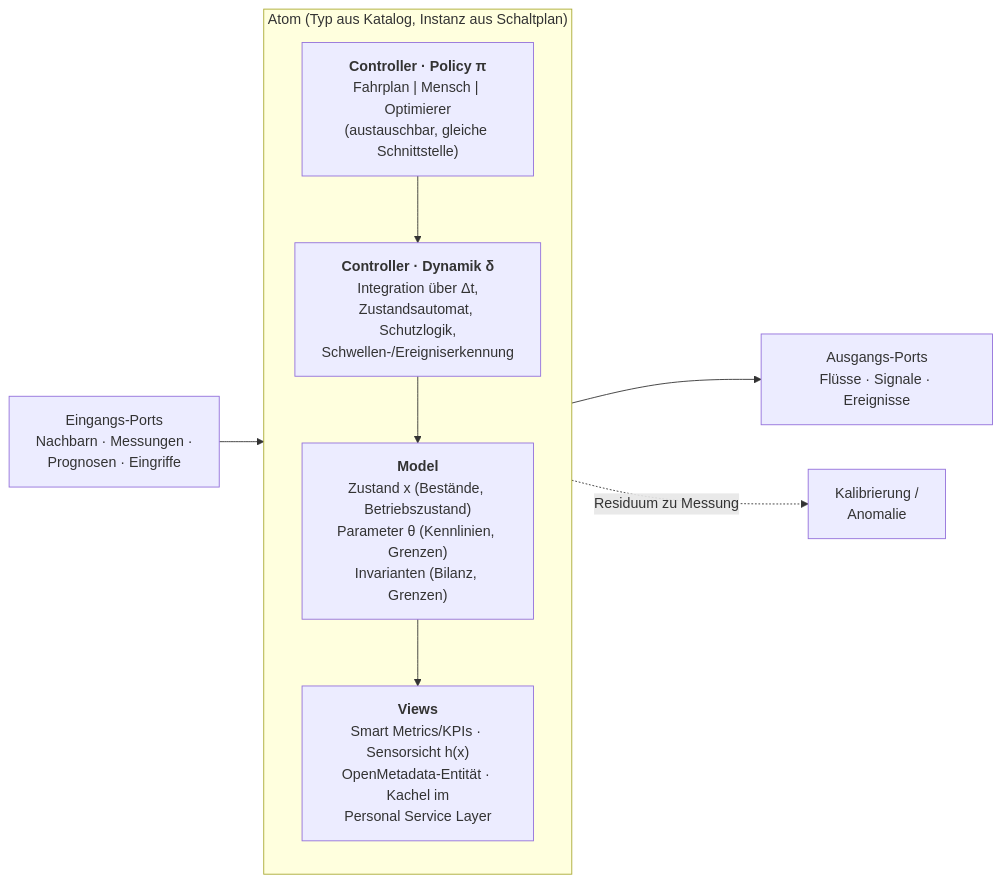
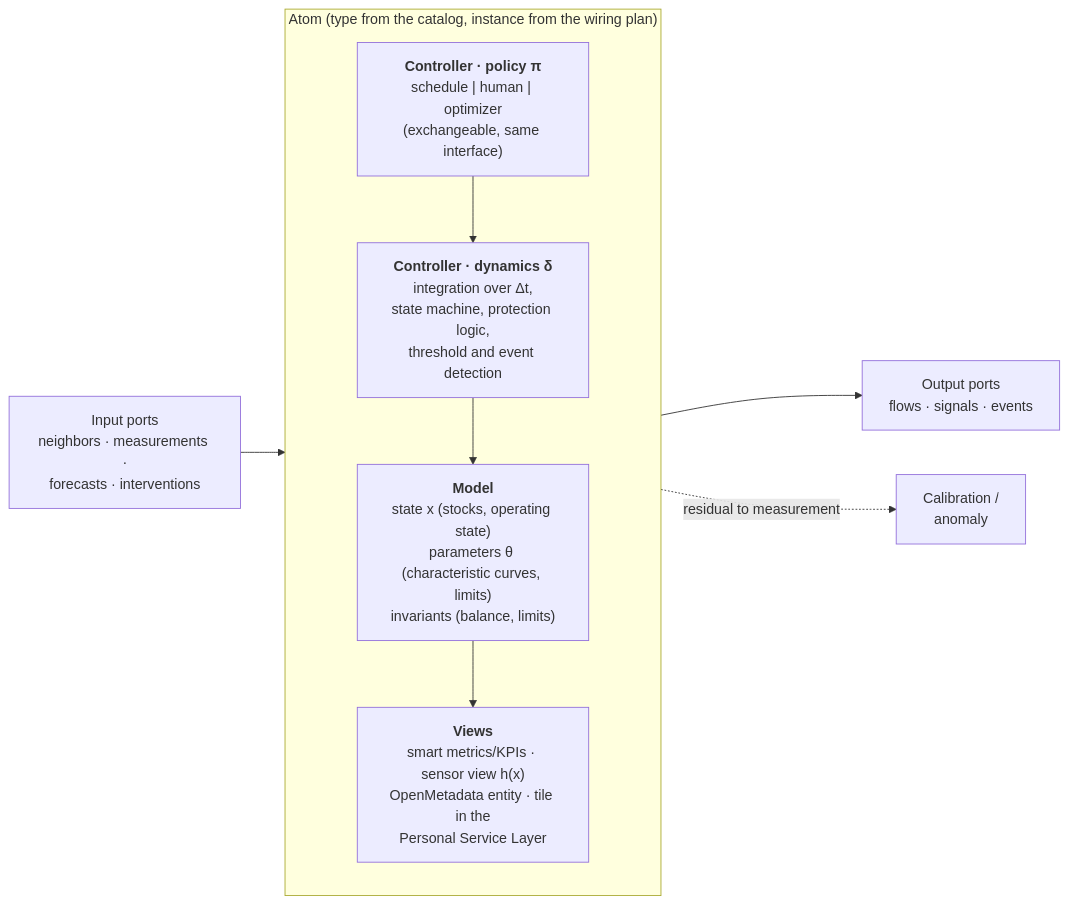
The first of 3 diagrams in docs/datamodel-2026/07-DIGITAL-TWIN-BSP.md (kamir/OpenTSx), drawn with Mermaid before and after one commit. The commit also changed other lines of this file and 19 other files, not shown here.

````diff
--- a/docs/datamodel-2026/07-DIGITAL-TWIN-BSP.md
+++ b/docs/datamodel-2026/07-DIGITAL-TWIN-BSP.md
@@ -68,16 +65,16 @@
 ```mermaid
 flowchart LR
-  subgraph Atom["Atom (Typ aus Katalog, Instanz aus Schaltplan)"]
+  subgraph Atom["Atom (type from the catalog, instance from the wiring plan)"]
     direction TB
-    M["<b>Model</b><br/>Zustand x (Bestände, Betriebszustand)<br/>Parameter θ (Kennlinien, Grenzen)<br/>Invarianten (Bilanz, Grenzen)"]
-    C["<b>Controller · Dynamik δ</b><br/>Integration über Δt,<br/>Zustandsautomat, Schutzlogik,<br/>Schwellen-/Ereigniserkennung"]
-    P["<b>Controller · Policy π</b><br/>Fahrplan | Mensch | Optimierer<br/>(austauschbar, gleiche Schnittstelle)"]
-    V["<b>Views</b><br/>Smart Metrics/KPIs · Sensorsicht h(x)<br/>OpenMetadata-Entität · Kachel im<br/>Personal Service Layer"]
+    M["<b>Model</b><br/>state x (stocks, operating state)<br/>parameters θ (characteristic curves, limits)<br/>invariants (balance, limits)"]
+    C["<b>Controller · dynamics δ</b><br/>integration over Δt,<br/>state machine, protection logic,<br/>threshold and event detection"]
+    P["<b>Controller · policy π</b><br/>schedule | human | optimizer<br/>(exchangeable, same interface)"]
+    V["<b>Views</b><br/>smart metrics/KPIs · sensor view h(x)<br/>OpenMetadata entity · tile in the<br/>Personal Service Layer"]
   end
-  IN["Eingangs-Ports<br/>Nachbarn · Messungen ·<br/>Prognosen · Eingriffe"] --> C
+  IN["Input ports<br/>neighbors · measurements ·<br/>forecasts · interventions"] --> C
   P --> C
   C --> M
   M --> V
-  M --> OUT["Ausgangs-Ports<br/>Flüsse · Signale · Ereignisse"]
-  V -. Residuum zu Messung .-> CAL["Kalibrierung /<br/>Anomalie"]
+  M --> OUT["Output ports<br/>flows · signals · events"]
+  V -. residual to measurement .-> CAL["Calibration /<br/>anomaly"]
 ```
````
